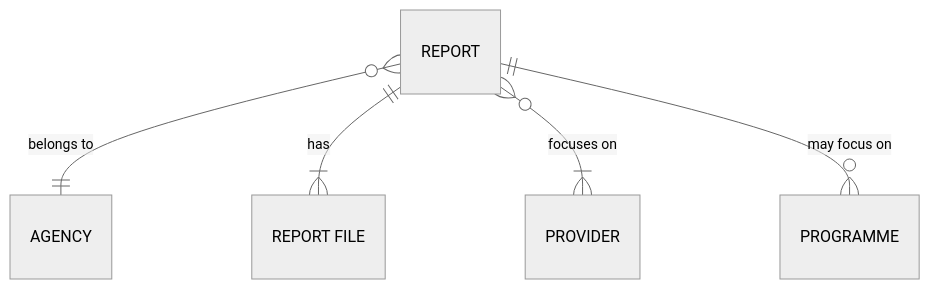
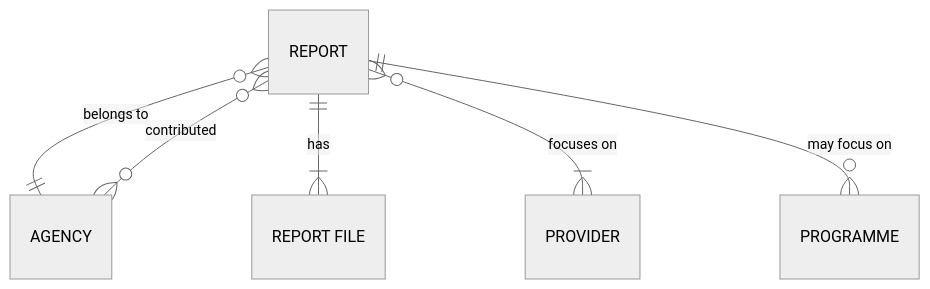
The first of 3 diagrams in docs/architecture_data_model.md (EQAR/deqar-docs), drawn with Mermaid (neutral theme) before and after one commit. The commit also changed other lines of this file, not shown here.

Commit message:
update ERR diagrams

````diff
--- a/docs/architecture_data_model.md
+++ b/docs/architecture_data_model.md
@@ -7,7 +7,8 @@
 ```mermaid
 erDiagram
     REPORT }o--|| "AGENCY" : "belongs to"
+    REPORT }o--o{ "AGENCY" : "contributed"
     REPORT ||--|{ "REPORT FILE" : has
     REPORT }o--|{ PROVIDER : "focuses on"
     REPORT ||--o{ PROGRAMME : "may focus on"
 ```
````
